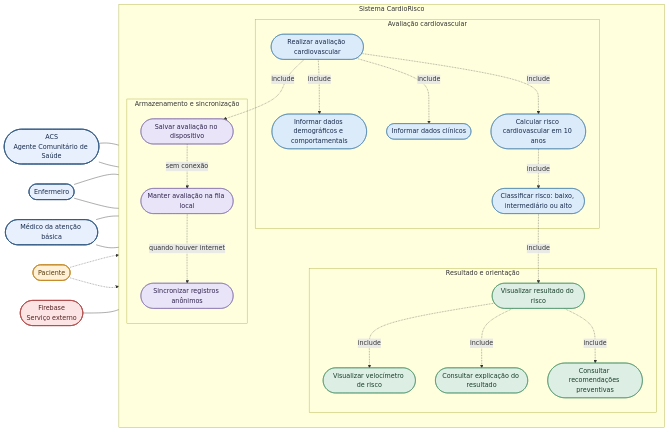
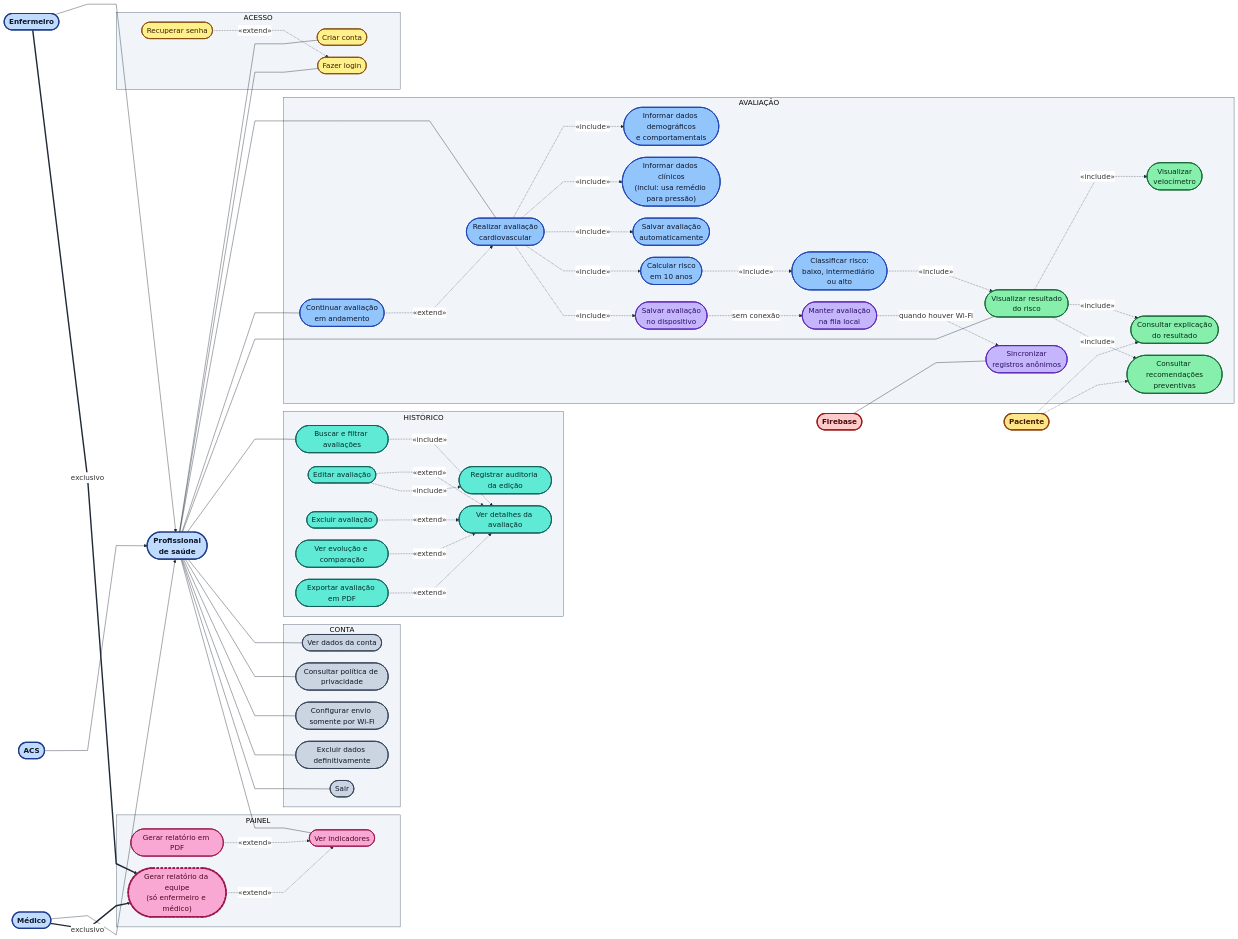
The diagram in docs/diagramaCasodeUso.md (VictorUnit2901/CardioRisco), drawn with Mermaid before and after one commit. The commit also changed other lines of this file, not shown here.

Commit message:
Atualização do Diagrama

````diff
--- a/docs/diagramaCasodeUso.md
+++ b/docs/diagramaCasodeUso.md
@@ -11,79 +11,128 @@
 ```mermaid
+%%{init: {"theme": "base", "themeVariables": {"fontSize": "18px", "fontFamily": "Arial, Helvetica, sans-serif", "lineColor": "#1F2937", "edgeLabelBackground": "#FFFFFF", "clusterBkg": "#F1F5F9", "clusterBorder": "#475569"}, "flowchart": {"curve": "linear", "nodeSpacing": 30, "rankSpacing": 60, "htmlLabels": true, "padding": 14}}}%%
 flowchart LR
 
-    %% ATORES
-    ACS(["ACS<br/>Agente Comunitário de Saúde"])
+    ACS(["ACS"])
     ENF(["Enfermeiro"])
-    MED(["Médico da atenção básica"])
+    MED(["Médico"])
+    PROF(["Profissional<br/>de saúde"])
     PAC(["Paciente"])
-    FIREBASE(["Firebase<br/>Serviço externo"])
+    FIREBASE(["Firebase"])
 
-    %% SISTEMA
-    subgraph SISTEMA["Sistema CardioRisco"]
-        direction TB
-
-        subgraph AVALIACAO["Avaliação cardiovascular"]
-            UC1(["Realizar avaliação cardiovascular"])
-            UC2(["Informar dados demográficos e comportamentais"])
-            UC3(["Informar dados clínicos"])
-            UC4(["Calcular risco cardiovascular em 10 anos"])
-            UC5(["Classificar risco: baixo, intermediário ou alto"])
-        end
-
-        subgraph RESULTADO["Resultado e orientação"]
-            UC6(["Visualizar resultado do risco"])
-            UC7(["Visualizar velocímetro de risco"])
-            UC8(["Consultar explicação do resultado"])
-            UC9(["Consultar recomendações preventivas"])
-        end
-
-        subgraph OFFLINE["Armazenamento e sincronização"]
-            UC10(["Salvar avaliação no dispositivo"])
-            UC11(["Manter avaliação na fila local"])
-            UC12(["Sincronizar registros anônimos"])
-        end
+    subgraph ACESSO["ACESSO"]
+        A1(["Criar conta"])
+        A2(["Fazer login"])
+        A3(["Recuperar senha"])
+        A3 -.->|«extend»| A2
     end
 
-    %% ATORES E FUNCIONALIDADES
-    ACS --- UC1
-    ENF --- UC1
-    MED --- UC1
+    subgraph AVALIACAO["AVALIAÇÃO"]
+        UC1(["Realizar avaliação<br/>cardiovascular"])
+        UC13(["Continuar avaliação<br/>em andamento"])
+        UC2(["Informar dados demográficos<br/>e comportamentais"])
+        UC3(["Informar dados clínicos<br/>(inclui: usa remédio para pressão)"])
+        UC14(["Salvar avaliação<br/>automaticamente"])
+        UC4(["Calcular risco<br/>em 10 anos"])
+        UC5(["Classificar risco:<br/>baixo, intermediário ou alto"])
+        UC6(["Visualizar resultado<br/>do risco"])
+        UC7(["Visualizar<br/>velocímetro"])
+        UC8(["Consultar explicação<br/>do resultado"])
+        UC9(["Consultar recomendações<br/>preventivas"])
+        UC10(["Salvar avaliação<br/>no dispositivo"])
+        UC11(["Manter avaliação<br/>na fila local"])
+        UC12(["Sincronizar<br/>registros anônimos"])
+        UC13 -.->|«extend»| UC1
+        UC1 -.->|«include»| UC2
+        UC1 -.->|«include»| UC3
+        UC1 -.->|«include»| UC14
+        UC1 -.->|«include»| UC4
+        UC4 -.->|«include»| UC5
+        UC5 -.->|«include»| UC6
+        UC6 -.->|«include»| UC7
+        UC6 -.->|«include»| UC8
+        UC6 -.->|«include»| UC9
+        UC1 -.->|«include»| UC10
+        UC10 -.->|sem conexão| UC11
+        UC11 -.->|quando houver Wi-Fi| UC12
+    end
 
-    ACS --- UC6
-    ENF --- UC6
-    MED --- UC6
+    subgraph HISTORICO["HISTÓRICO"]
+        H1(["Buscar e filtrar avaliações"])
+        H2(["Ver detalhes da avaliação"])
+        H3(["Editar avaliação"])
+        H4(["Registrar auditoria da edição"])
+        H5(["Excluir avaliação"])
+        H6(["Ver evolução e comparação"])
+        H7(["Exportar avaliação em PDF"])
+        H1 -.->|«include»| H2
+        H3 -.->|«extend»| H2
+        H3 -.->|«include»| H4
+        H5 -.->|«extend»| H2
+        H6 -.->|«extend»| H2
+        H7 -.->|«extend»| H2
+    end
+
+    subgraph PAINEL["PAINEL"]
+        P1(["Ver indicadores"])
+        P2(["Gerar relatório em PDF"])
+        P3(["Gerar relatório da equipe<br/>(só enfermeiro e médico)"])
+        P2 -.->|«extend»| P1
+        P3 -.->|«extend»| P1
+    end
+
+    subgraph CONTA["CONTA"]
+        C1(["Ver dados da conta"])
+        C2(["Consultar política de privacidade"])
+        C3(["Configurar envio somente por Wi-Fi"])
+        C4(["Excluir dados definitivamente"])
+        C5(["Sair"])
+    end
+
+    ACS --> PROF
+    ENF --> PROF
+    MED --> PROF
+
+    PROF --- A1
+    PROF --- A2
+    PROF --- UC1
+    PROF --- UC13
+    PROF --- UC6
+    PROF --- H1
+    PROF --- P1
+    PROF --- C1
+    PROF --- C2
+    PROF --- C3
+    PROF --- C4
+    PROF --- C5
+
+    ENF ==>|exclusivo| P3
+    MED ==>|exclusivo| P3
 
     PAC -.-> UC8
     PAC -.-> UC9
-
     FIREBASE --- UC12
 
-    %% RELACIONAMENTOS ENTRE CASOS DE USO
-    UC1 -.->|include| UC2
-    UC1 -.->|include| UC3
-    UC1 -.->|include| UC4
-    UC4 -.->|include| UC5
-    UC5 -.->|include| UC6
-    UC6 -.->|include| UC7
-    UC6 -.->|include| UC8
-    UC6 -.->|include| UC9
+    classDef ator fill:#BFDBFE,stroke:#1E3A8A,color:#0F172A,stroke-width:3px,font-weight:bold
+    classDef paciente fill:#FDE68A,stroke:#92400E,color:#451A03,stroke-width:3px,font-weight:bold
+    classDef externo fill:#FECACA,stroke:#991B1B,color:#450A0A,stroke-width:3px,font-weight:bold
+    classDef acesso fill:#FEF08A,stroke:#854D0E,color:#422006,stroke-width:2px
+    classDef avaliacao fill:#93C5FD,stroke:#1E40AF,color:#0F172A,stroke-width:2px
+    classDef resultado fill:#86EFAC,stroke:#166534,color:#052E16,stroke-width:2px
+    classDef offline fill:#C4B5FD,stroke:#5B21B6,color:#2E1065,stroke-width:2px
+    classDef historico fill:#5EEAD4,stroke:#115E59,color:#042F2E,stroke-width:2px
+    classDef painel fill:#F9A8D4,stroke:#9D174D,color:#500724,stroke-width:2px
+    classDef conta fill:#CBD5E1,stroke:#334155,color:#0F172A,stroke-width:2px
+    classDef restrito stroke-dasharray:6 4,stroke-width:4px,stroke:#9D174D
 
-    UC1 -.->|include| UC10
-    UC10 -.->|sem conexão| UC11
-    UC11 -.->|quando houver internet| UC12
-
-    %% ESTILIZAÇÃO
-    classDef profissional fill:#E8F0FE,stroke:#315A85,color:#172B4D,stroke-width:2px
-    classDef paciente fill:#FFF0D6,stroke:#C58A28,color:#563A0B,stroke-width:2px
-    classDef externo fill:#FCE4E4,stroke:#B34B4B,color:#572222,stroke-width:2px
-    classDef avaliacao fill:#DCEBFA,stroke:#3976A8,color:#172B4D
-    classDef resultado fill:#DDEFE4,stroke:#36865A,color:#173D29
-    classDef offline fill:#E9E4F7,stroke:#7862A8,color:#30234F
-
-    class ACS,ENF,MED profissional
+    class ACS,ENF,MED,PROF ator
     class PAC paciente
     class FIREBASE externo
-    class UC1,UC2,UC3,UC4,UC5 avaliacao
+    class A1,A2,A3 acesso
+    class UC1,UC2,UC3,UC4,UC5,UC13,UC14 avaliacao
     class UC6,UC7,UC8,UC9 resultado
     class UC10,UC11,UC12 offline
+    class H1,H2,H3,H4,H5,H6,H7 historico
+    class P1,P2,P3 painel
+    class C1,C2,C3,C4,C5 conta
+    class P3 restrito
 ```
````
